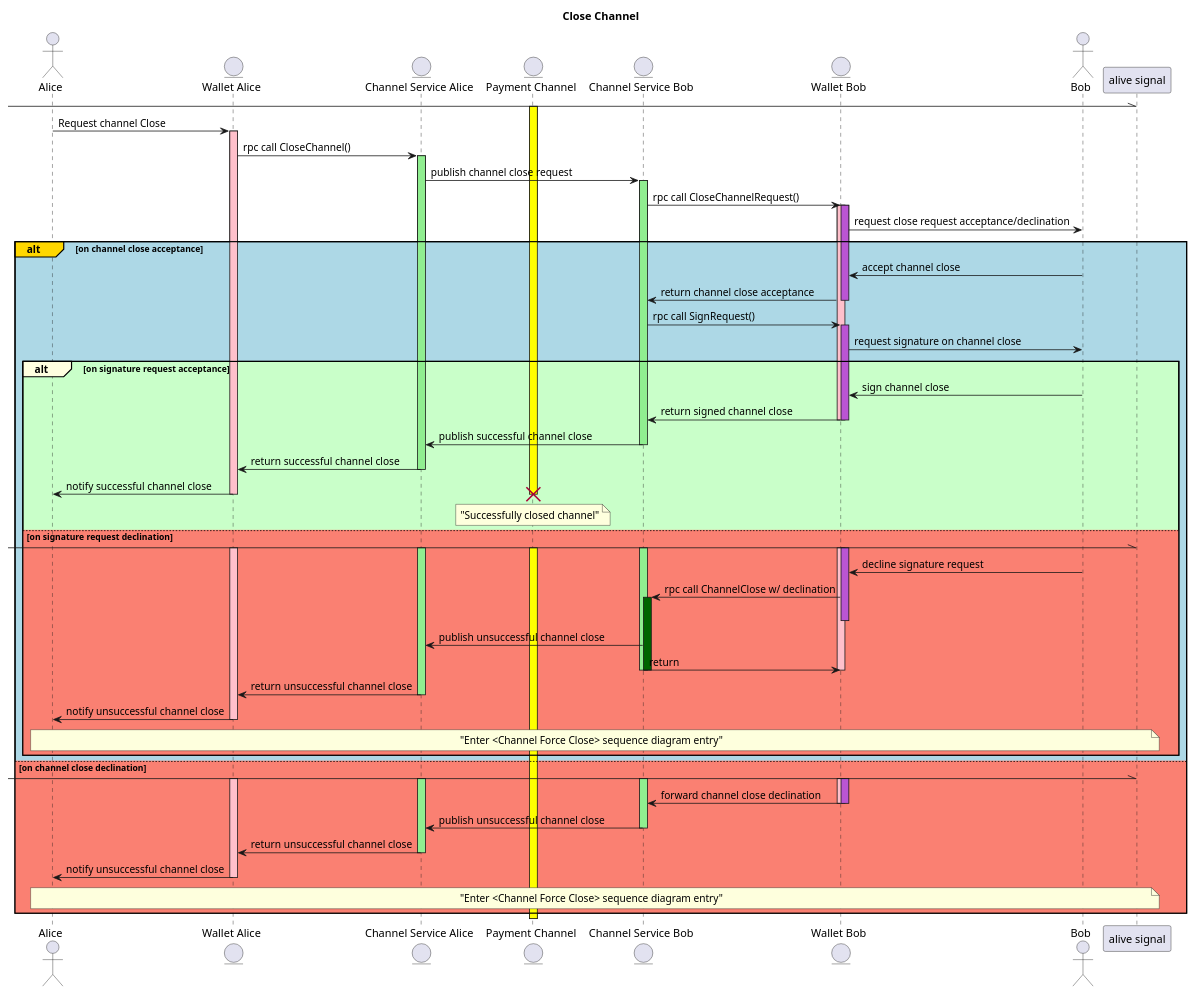
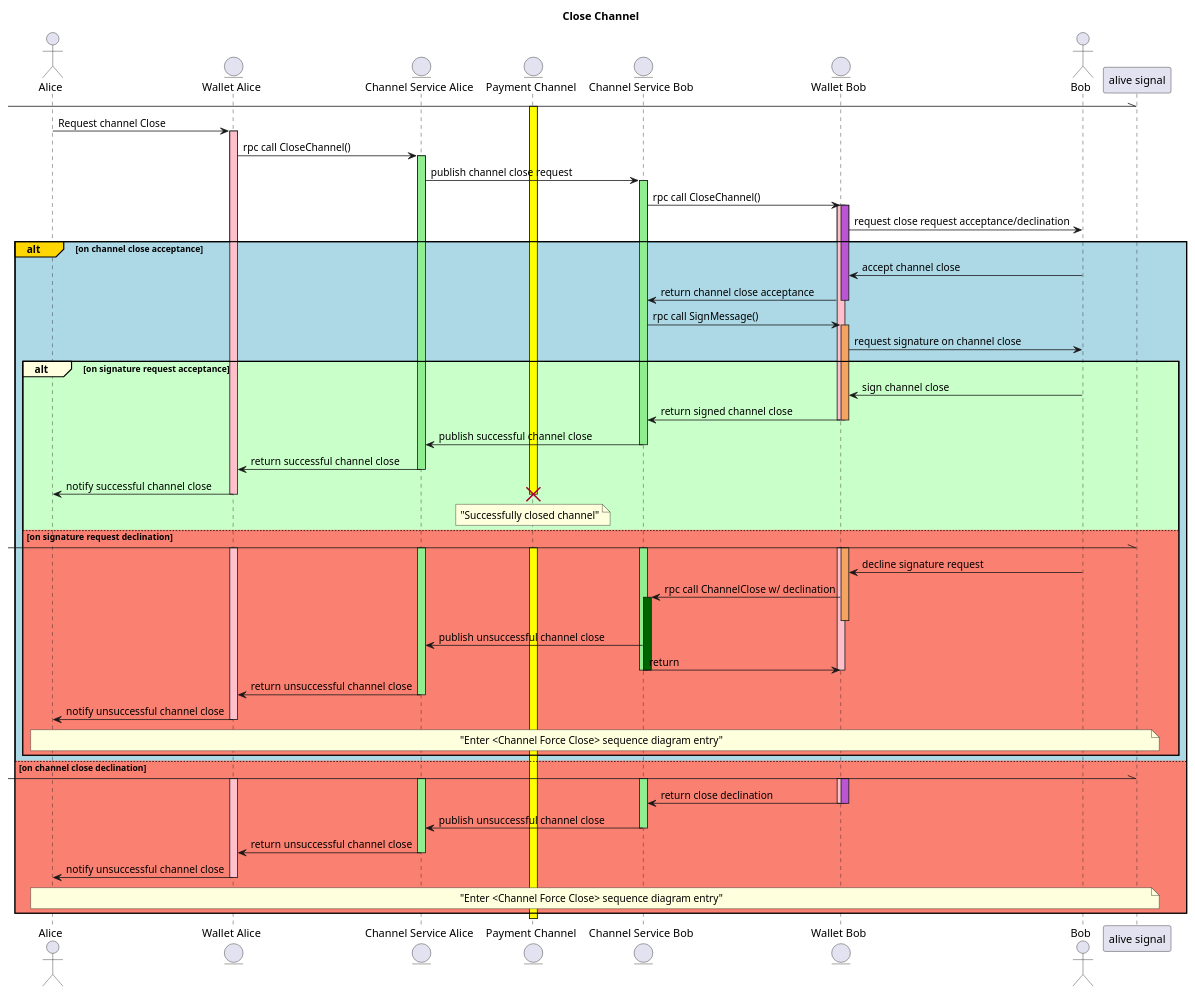
Before and after one commit to perun-network/perun-wallet-spec: the diagram in src/sequence-close.pu, drawn with PlantUML.

Commit message:
sequence: Better lifeline colors for close rpc calls

```diff
--- a/src/sequence-close.pu
+++ b/src/sequence-close.pu
@@ -1,88 +1,88 @@
 @startuml
 actor Alice as A
 entity "Wallet Alice" as WA
 entity "Channel Service Alice" as CSA
 entity "Payment Channel" as PC
 entity "Channel Service Bob" as CSB
 entity "Wallet Bob" as WB
 actor Bob as B
 
 title Close Channel
 
 [-\\ "alive signal"
 activate PC #yellow
 A -> WA : Request channel Close
 activate WA #pink
 WA -> CSA : rpc call CloseChannel()
 activate CSA #lightgreen
 CSA -> CSB : publish channel close request
 activate CSB #lightgreen
-CSB -> WB : rpc call CloseChannelRequest()
+CSB -> WB : rpc call CloseChannel()
 activate WB #pink
 activate WB #mediumorchid
 WB -> B : request close request acceptance/declination
 alt#gold #lightblue on channel close acceptance
   B -> WB : accept channel close
   WB -> CSB : return channel close acceptance
   deactivate WB
-  CSB -> WB : rpc call SignRequest()
-  activate WB #mediumorchid
+  CSB -> WB : rpc call SignMessage()
+  activate WB #sandybrown
   WB -> B : request signature on channel close
   alt#lightyellow #technology  on signature request acceptance
     B -> WB : sign channel close
     WB -> CSB : return signed channel close
     deactivate WB
     deactivate WB
     CSB -> CSA : publish successful channel close
     deactivate CSB
     CSA -> WA : return successful channel close
     deactivate CSA
     WA -> A : notify successful channel close
     deactivate WA
     note over PC: "Successfully closed channel"
     destroy PC
   else #salmon on signature request declination
     [-\\ "alive signal"
     activate WB #pink
-    activate WB #mediumorchid
+    activate WB #sandybrown
     activate CSB #lightgreen
     activate WA #pink
     activate CSA #lightgreen
     activate PC #yellow
     B -> WB : decline signature request
     WB -> CSB : rpc call ChannelClose w/ declination
     activate CSB #darkgreen
     deactivate WB
     CSB -> CSA : publish unsuccessful channel close
     CSB -> WB : return
     deactivate CSB
     deactivate CSB
     deactivate WB
     CSA -> WA : return unsuccessful channel close
     deactivate CSA
     WA -> A : notify unsuccessful channel close
     deactivate WA
     note across: "Enter <Channel Force Close> sequence diagram entry"
   end
 else #salmon on channel close declination
   [-\\ "alive signal"
   activate WB #pink
   activate WB #mediumorchid
   activate CSB #lightgreen
   activate WA #pink
   activate CSA #lightgreen
-  WB -> CSB : forward channel close declination
+  WB -> CSB : return close declination
   deactivate WB
   deactivate WB
   CSB -> CSA : publish unsuccessful channel close
   deactivate CSB
   CSA -> WA : return unsuccessful channel close
   deactivate CSA
   WA -> A : notify unsuccessful channel close
   deactivate WA
   note across: "Enter <Channel Force Close> sequence diagram entry"
 end
 deactivate PC
 
 
 @enduml
```
